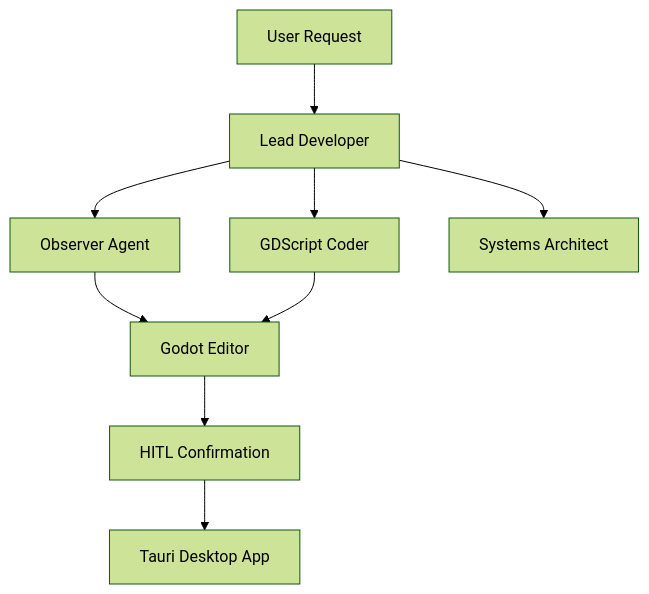
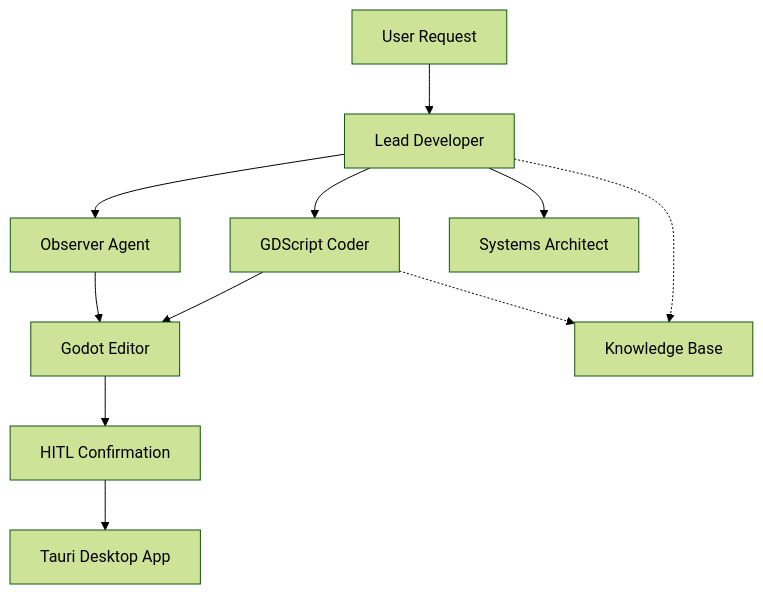
The diagram in AGENTS.md (MarbleSodas/Godoty), drawn with Mermaid (forest theme) before and after one commit. The commit also changed other lines of this file and 37 other files, not shown here.

````diff
--- a/AGENTS.md
+++ b/AGENTS.md
@@ -9,11 +9,13 @@
 ```mermaid
 graph TD
     User[User Request] --> Lead[Lead Developer]
     Lead --> Observer[Observer Agent]
     Lead --> Coder[GDScript Coder]
     Lead --> Architect[Systems Architect]
     Observer --> Godot[Godot Editor]
     Coder --> Godot
     Godot --> HITL[HITL Confirmation]
     HITL --> Tauri[Tauri Desktop App]
+    Lead -.-> Knowledge[Knowledge Base]
+    Coder -.-> Knowledge
 ```
````
